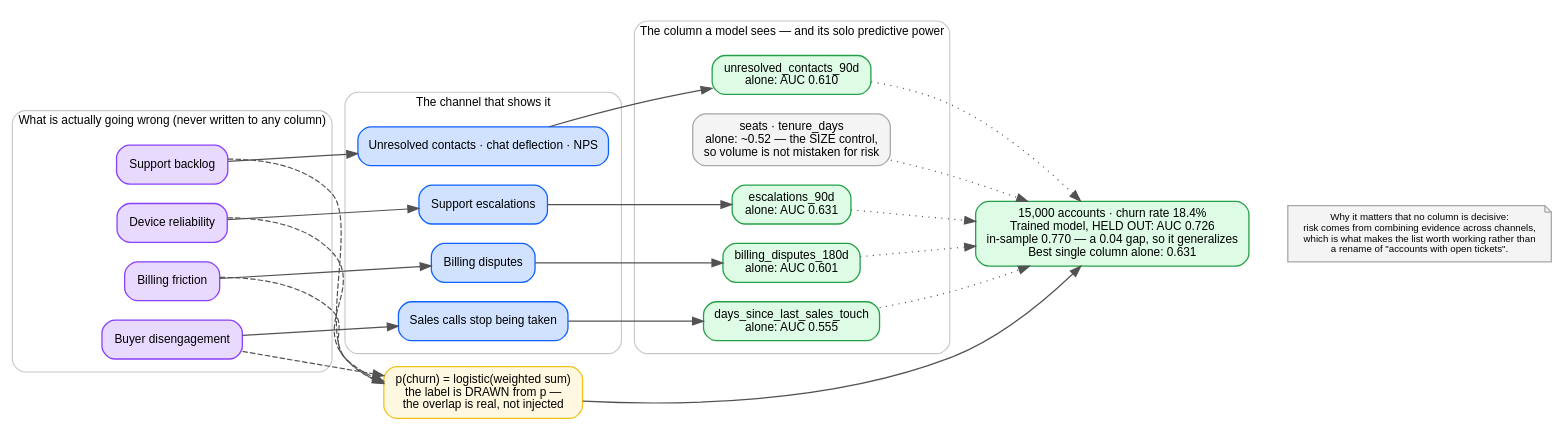
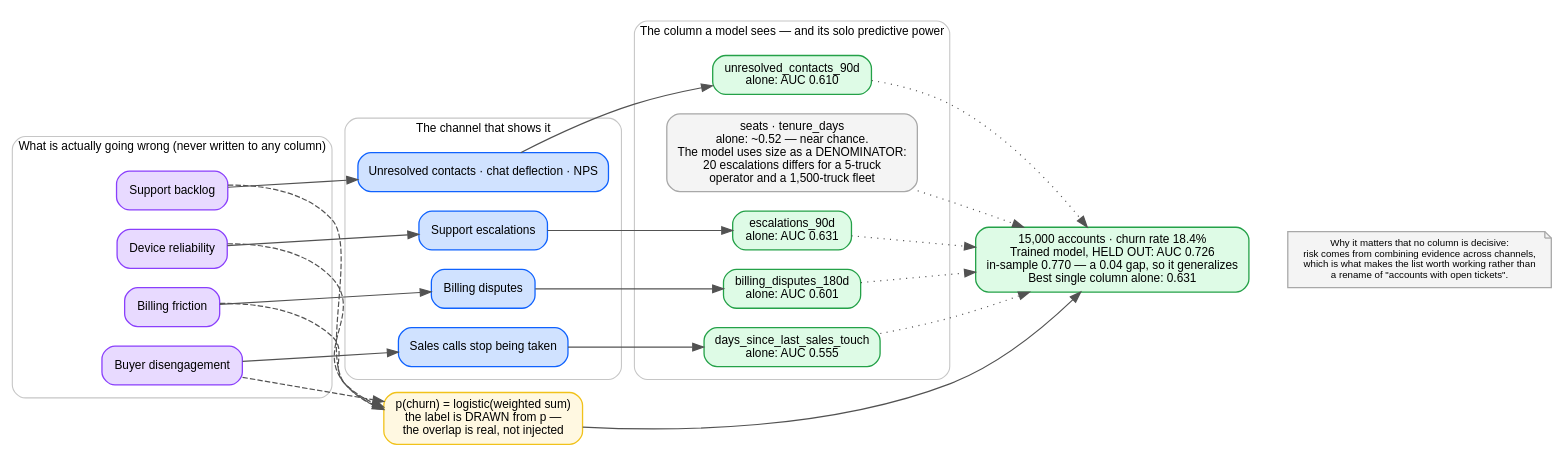
One commit to oramasearch/zetta changed the diagram in docs/reports/results/diagrams/motive-dataset-signal.dot. Above: the diagram before and after it, drawn with Graphviz. The commit also changed 8 other files, not shown here.

```diff
--- a/docs/reports/results/diagrams/motive-dataset-signal.dot
+++ b/docs/reports/results/diagrams/motive-dataset-signal.dot
@@ -1,67 +1,67 @@
 // How the stand-in dataset carries a churn signal that is real but not trivial.
 //
 // Generated source for motive-dataset-signal.svg. Render with:
 //   dot -Tsvg motive-dataset-signal.dot -o motive-dataset-signal.svg
 //
 // The point of the picture: four independent troubles, each read by a DIFFERENT
 // channel, combining into a probability the label is drawn from. No single column
 // predicts churn, which is what makes the model's job real.
 digraph motive_signal {
   rankdir=LR;
   bgcolor="white";
   fontname="IBM Plex Sans,Helvetica,Arial,sans-serif";
   node [fontname="IBM Plex Sans,Helvetica,Arial,sans-serif", fontsize=11,
         shape=box, style="rounded,filled", penwidth=1.2, margin="0.16,0.09"];
   edge [fontname="IBM Plex Sans,Helvetica,Arial,sans-serif", fontsize=9,
         color="#525252", penwidth=1.1];
 
   subgraph cluster_latent {
     label="What is actually going wrong (never written to any column)";
     fontsize=11; color="#c6c6c6"; style="rounded"; margin=12;
     r [label="Device reliability", fillcolor="#e8daff", color="#8a3ffc"];
     b [label="Billing friction", fillcolor="#e8daff", color="#8a3ffc"];
     q [label="Buyer disengagement", fillcolor="#e8daff", color="#8a3ffc"];
     k [label="Support backlog", fillcolor="#e8daff", color="#8a3ffc"];
   }
 
   subgraph cluster_channel {
     label="The channel that shows it";
     fontsize=11; color="#c6c6c6"; style="rounded"; margin=12;
     cr [label="Support escalations", fillcolor="#d0e2ff", color="#0f62fe"];
     cb [label="Billing disputes", fillcolor="#d0e2ff", color="#0f62fe"];
     cq [label="Sales calls stop being taken", fillcolor="#d0e2ff", color="#0f62fe"];
     ck [label="Unresolved contacts · chat deflection · NPS", fillcolor="#d0e2ff", color="#0f62fe"];
   }
 
   subgraph cluster_feature {
     label="The column a model sees — and its solo predictive power";
     fontsize=11; color="#c6c6c6"; style="rounded"; margin=12;
     fr [label="escalations_90d\nalone: AUC 0.631", fillcolor="#defbe6", color="#24a148"];
     fb [label="billing_disputes_180d\nalone: AUC 0.601", fillcolor="#defbe6", color="#24a148"];
     fq [label="days_since_last_sales_touch\nalone: AUC 0.555", fillcolor="#defbe6", color="#24a148"];
     fk [label="unresolved_contacts_90d\nalone: AUC 0.610", fillcolor="#defbe6", color="#24a148"];
-    fs [label="seats · tenure_days\nalone: ~0.52 — the SIZE control,\nso volume is not mistaken for risk",
+    fs [label="seats · tenure_days\nalone: ~0.52 — near chance.\nThe model uses size as a DENOMINATOR:\n20 escalations differs for a 5-truck\noperator and a 1,500-truck fleet",
         fillcolor="#f4f4f4", color="#a8a8a8"];
   }
 
   label_node [label="p(churn) = logistic(weighted sum)\nthe label is DRAWN from p —\nthe overlap is real, not injected",
               shape=box, fillcolor="#fff8e1", color="#f1c21b", fontsize=11];
   outcome [label="15,000 accounts · churn rate 18.4%\nTrained model, HELD OUT: AUC 0.726\nin-sample 0.770 — a 0.04 gap, so it generalizes\nBest single column alone: 0.631",
            shape=box, fillcolor="#defbe6", color="#24a148", fontsize=11];
 
   r -> cr -> fr;
   b -> cb -> fb;
   q -> cq -> fq;
   k -> ck -> fk;
 
   r -> label_node [style=dashed]; b -> label_node [style=dashed];
   q -> label_node [style=dashed]; k -> label_node [style=dashed];
   label_node -> outcome;
   fr -> outcome [style=dotted]; fb -> outcome [style=dotted];
   fq -> outcome [style=dotted]; fk -> outcome [style=dotted];
   fs -> outcome [style=dotted];
 
   note [label="Why it matters that no column is decisive:\nrisk comes from combining evidence across channels,\nwhich is what makes the list worth working rather than\na rename of \"accounts with open tickets\".",
         shape=note, fillcolor="#f4f4f4", color="#a8a8a8", fontsize=9];
   outcome -> note [style=invis];
 }
```
